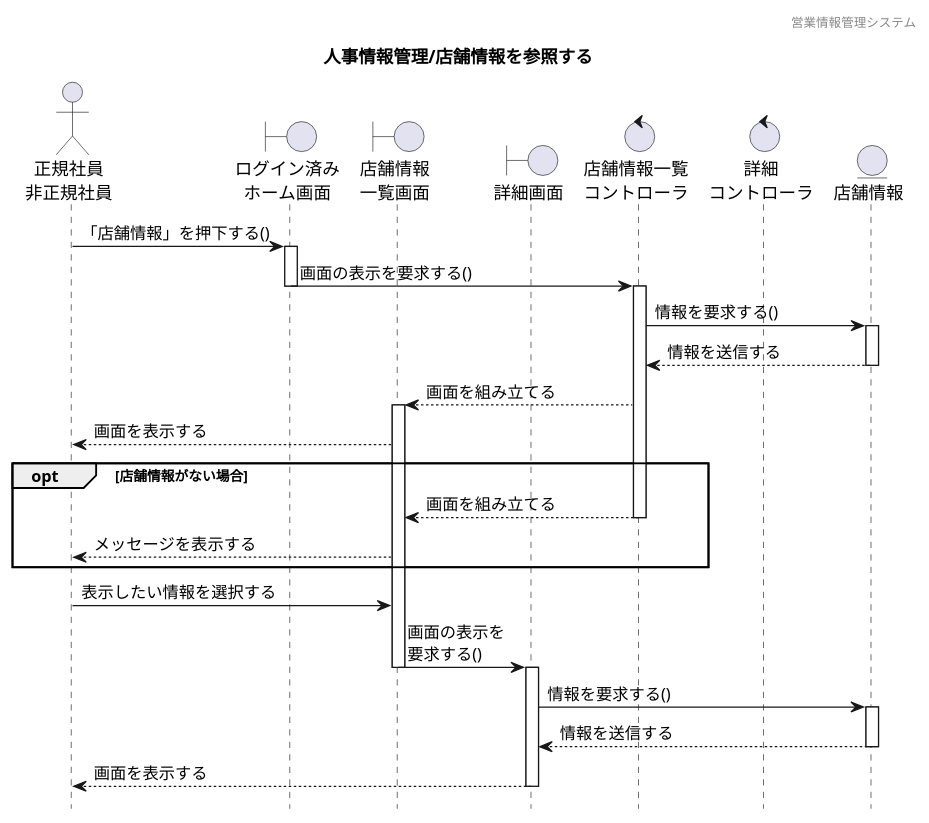
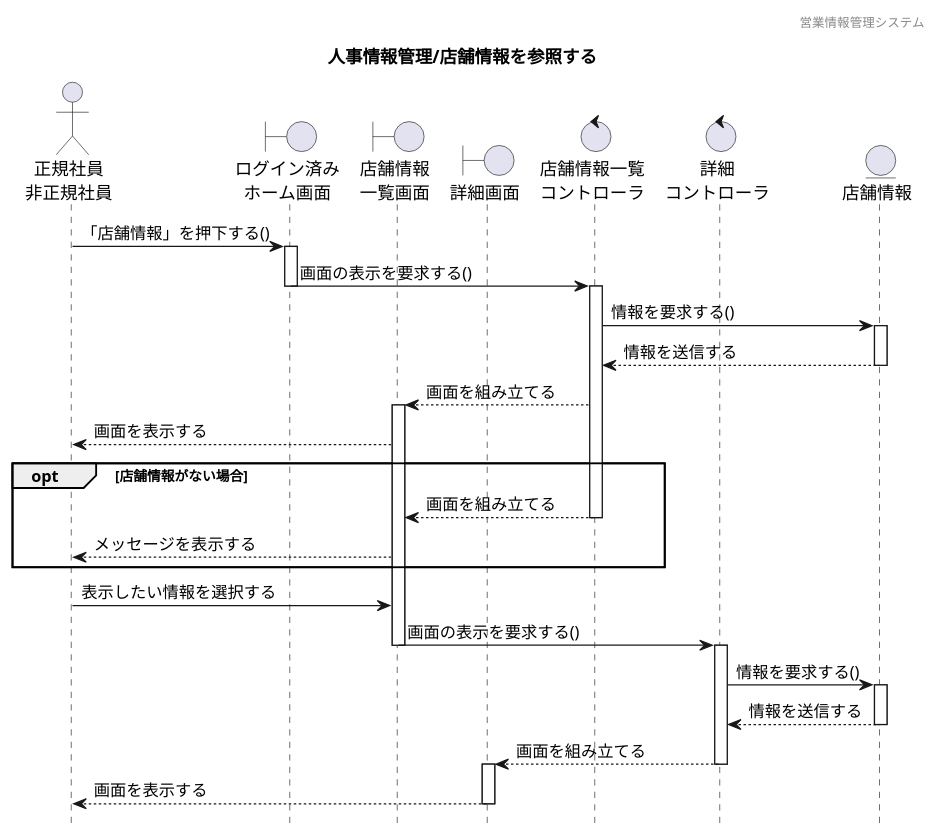
Before and after one commit to HaruShim/Sotuken: the diagram in 各種設計書/4シーケンス図/人事情報管理/2.店舗情報参照/店舗情報参照.plantuml, drawn with PlantUML. The commit also changed 4 other files, not shown here.

```diff
--- a/各種設計書/4シーケンス図/人事情報管理/2.店舗情報参照/店舗情報参照.plantuml
+++ b/各種設計書/4シーケンス図/人事情報管理/2.店舗情報参照/店舗情報参照.plantuml
@@ -1,54 +1,57 @@
 @startuml ../../images/店舗情報参照/店舗情報参照
 
 hide footbox
 header 営業情報管理システム
 title 人事情報管理/店舗情報を参照する
 
 
 ' actor "" as 
 actor "正規社員\n非正規社員" as a1
 
 ' boundary "" as 
 boundary "ログイン済み\nホーム画面" as b1
 boundary "店舗情報\n一覧画面" as b2
 boundary "詳細画面" as b3
 
 ' control "" as 
 control "店舗情報一覧\nコントローラ" as c1
 control "詳細\nコントローラ" as c2
 
 ' entity "" as
 entity "店舗情報" as e1
 
 
 a1 -> b1 :「店舗情報」を押下する()
 activate b1
 b1 -> c1 : 画面の表示を要求する()
 deactivate b1
 activate c1
 c1 -> e1 : 情報を要求する() 
 activate e1
 e1 --> c1 : 情報を送信する
 deactivate
 c1 --> b2 : 画面を組み立てる
 activate b2
 b2 --> a1 : 画面を表示する
 opt 店舗情報がない場合
 c1 --> b2 : 画面を組み立てる 
 deactivate c1
 b2 --> a1 : メッセージを表示する
 end
 a1 -> b2 : 表示したい情報を選択する
-b2 -> b3 : 画面の表示を\n要求する()
+b2 -> c2 : 画面の表示を要求する()
 deactivate b2
+activate c2
+c2 -> e1 : 情報を要求する() 
+activate e1
+e1 --> c2 : 情報を送信する
+deactivate e1
+b3 <-- c2 : 画面を組み立てる
+deactivate c2
 activate b3
-b3 -> e1 : 情報を要求する() 
-activate e1
-e1 --> b3 : 情報を送信する
-deactivate e1
 a1 <-- b3 : 画面を表示する
 deactivate
 
 
 
 @enduml
```
